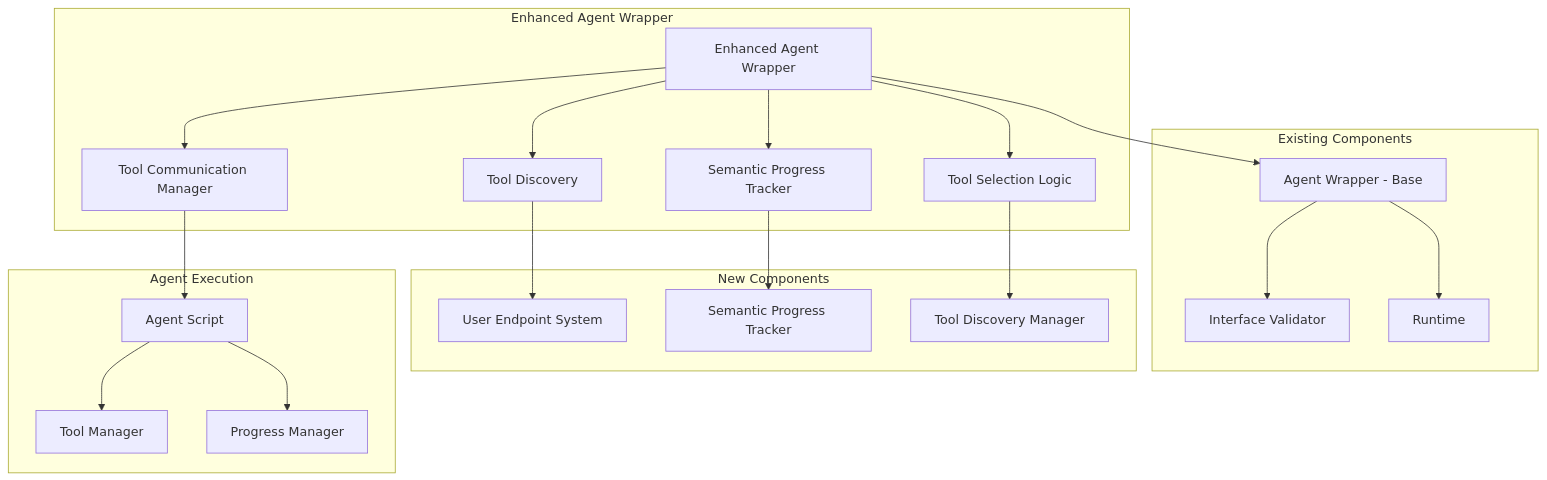
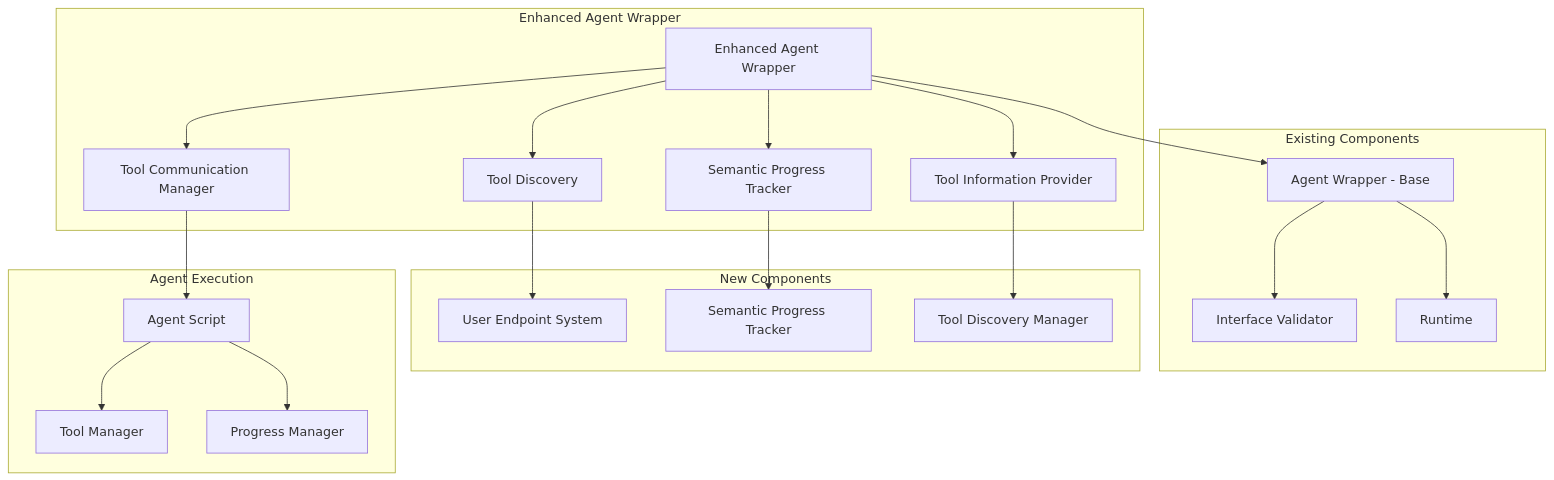
The diagram in docs/.implementation_design/phase2.5_semantic_progress_tools/core/03_enhanced_agent_wrapper_design.md (agentplug/agenthub), drawn with Mermaid before and after one commit. The commit also changed other lines of this file and 1 other file, not shown here.

First line of the commit message:
docs: update architecture to reflect agent-driven tool selection

````diff
--- a/docs/.implementation_design/phase2.5_semantic_progress_tools/core/03_enhanced_agent_wrapper_design.md
+++ b/docs/.implementation_design/phase2.5_semantic_progress_tools/core/03_enhanced_agent_wrapper_design.md
@@ -18,42 +18,42 @@
 ```mermaid
 graph TB
     subgraph "Enhanced Agent Wrapper"
         EAW[Enhanced Agent Wrapper]
         TD[Tool Discovery]
         SPT[Semantic Progress Tracker]
-        TSL[Tool Selection Logic]
+        TIP[Tool Information Provider]
         TCM[Tool Communication Manager]
     end
 
     subgraph "Existing Components"
         AW[Agent Wrapper - Base]
         IV[Interface Validator]
         RT[Runtime]
     end
 
     subgraph "New Components"
         UES[User Endpoint System]
         SPTR[Semantic Progress Tracker]
         TDM[Tool Discovery Manager]
     end
 
     subgraph "Agent Execution"
         AG[Agent Script]
         TM[Tool Manager]
         PM[Progress Manager]
     end
 
     EAW --> AW
     EAW --> TD
     EAW --> SPT
-    EAW --> TSL
+    EAW --> TIP
     EAW --> TCM
     AW --> IV
     AW --> RT
     TD --> UES
     SPT --> SPTR
-    TSL --> TDM
+    TIP --> TDM
     TCM --> AG
     AG --> TM
     AG --> PM
 ```
````
